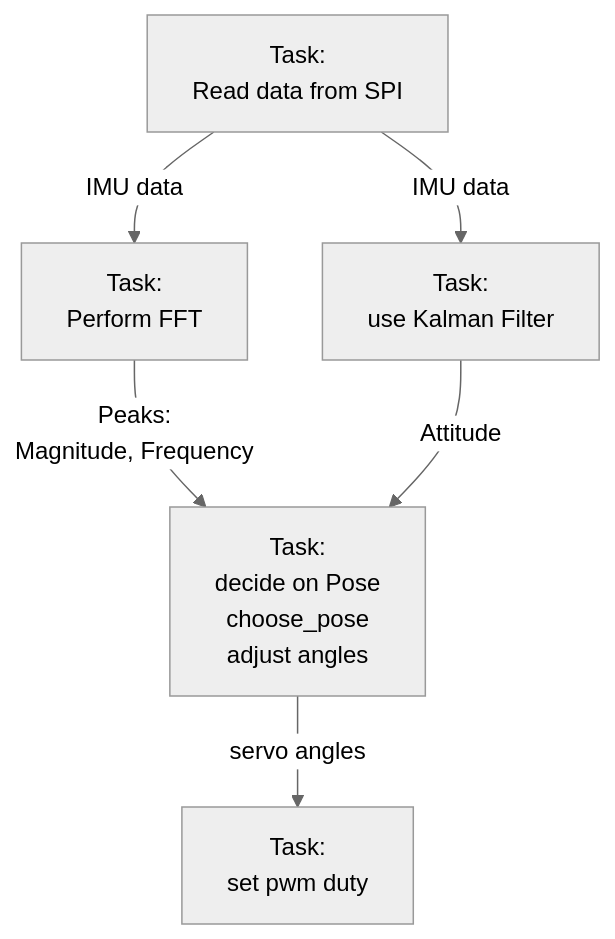
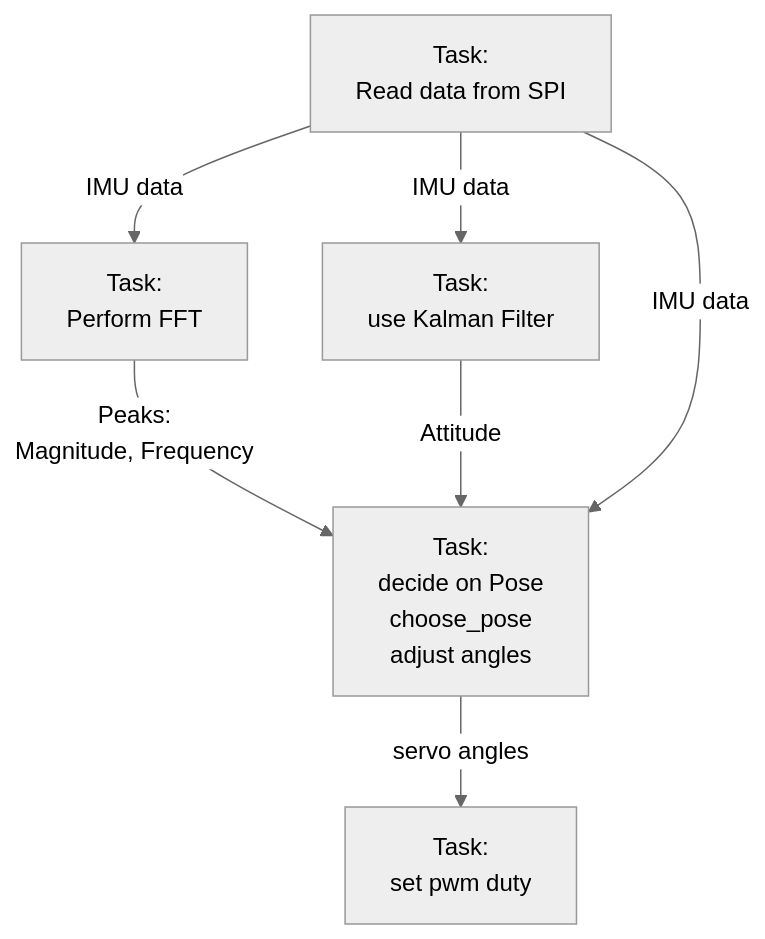
The first of 2 diagrams in README.md (Nannk/nekomimi-wo-kakkidzukete), drawn with Mermaid (neutral theme) before and after one commit. The commit also changed other lines of this file, not shown here.

````diff
--- a/README.md
+++ b/README.md
@@ -38,16 +55,17 @@
 ```mermaid
 graph TD;
 A[Task: 
   Read data from SPI] -- IMU data --> B[Task: 
   Perform FFT];
 A -- IMU data--> C[Task: 
   use Kalman Filter];
 B -- Peaks: 
 Magnitude, Frequency --> D[Task: 
   decide on Pose
   choose_pose
   adjust angles]
 C --Attitude--> D;
+A -- IMU data--> D;
 D --servo angles--> E[Task:
   set pwm duty];
 ```
````
